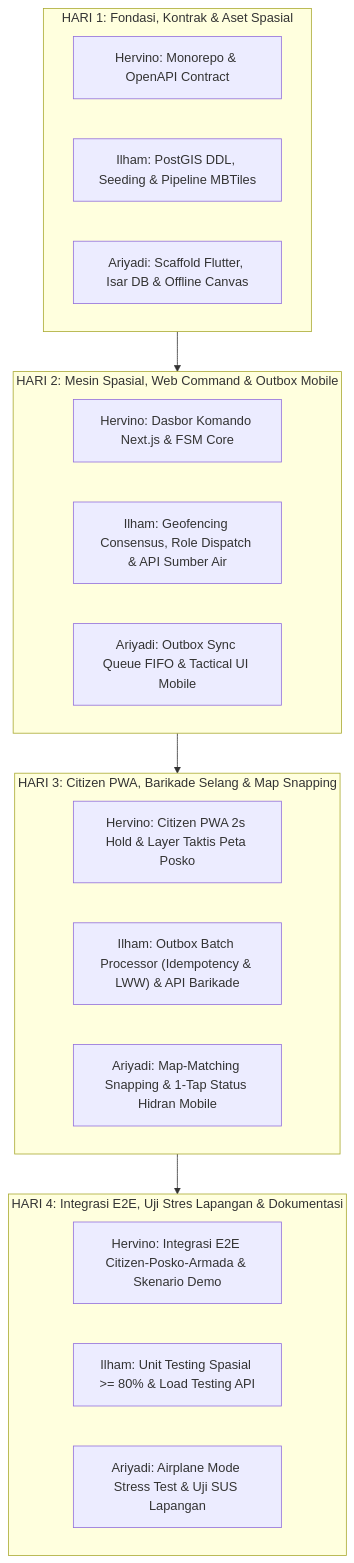
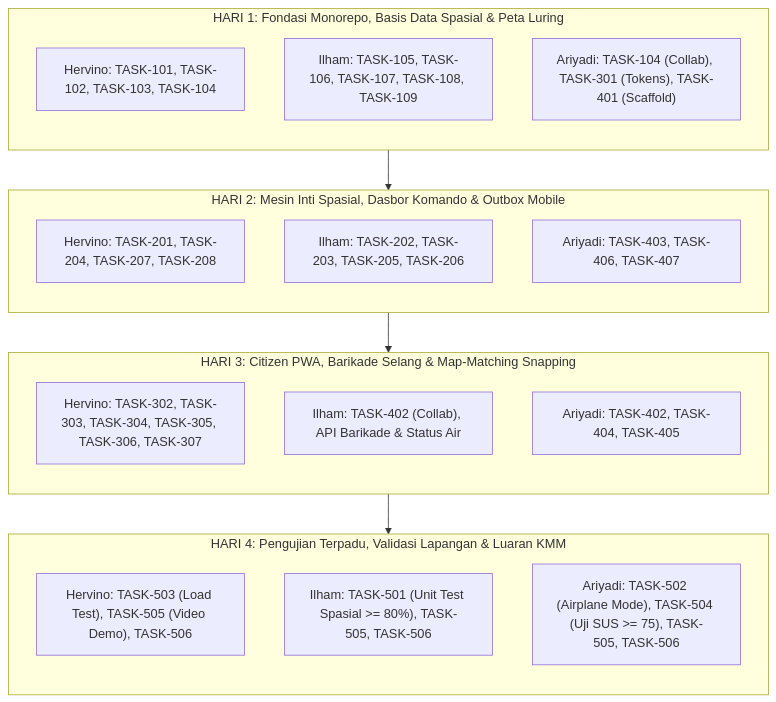
Before and after one commit to hamsigma/HydraTact: the diagram in TASK.md, drawn with Mermaid. The commit also changed other lines of this file and 3 other files, not shown here.

Commit message:
docs: synchronize TASK.md with docs/Task.md and add Kontrak_API.md

````diff
--- a/TASK.md
+++ b/TASK.md
@@ -22,28 +23,32 @@
 ```mermaid
 flowchart TD
-    subgraph D1["HARI 1: Fondasi, Kontrak & Aset Spasial"]
-        H1["Hervino: Monorepo & OpenAPI Contract"]
-        I1["Ilham: PostGIS DDL, Seeding & Pipeline MBTiles"]
-        A1["Ariyadi: Scaffold Flutter, Isar DB & Offline Canvas"]
+    subgraph D1["HARI 1: Fondasi Monorepo, Basis Data Spasial & Peta Luring"]
+        direction TB
+        H1["Hervino: TASK-101, TASK-102, TASK-103, TASK-104"]
+        I1["Ilham: TASK-105, TASK-106, TASK-107, TASK-108, TASK-109"]
+        A1["Ariyadi: TASK-104 (Collab), TASK-301 (Tokens), TASK-401 (Scaffold)"]
     end
 
-    subgraph D2["HARI 2: Mesin Spasial, Web Command & Outbox Mobile"]
-        H2["Hervino: Dasbor Komando Next.js & FSM Core"]
-        I2["Ilham: Geofencing Consensus, Role Dispatch & API Sumber Air"]
-        A2["Ariyadi: Outbox Sync Queue FIFO & Tactical UI Mobile"]
+    subgraph D2["HARI 2: Mesin Inti Spasial, Dasbor Komando & Outbox Mobile"]
+        direction TB
+        H2["Hervino: TASK-201, TASK-204, TASK-207, TASK-208"]
+        I2["Ilham: TASK-202, TASK-203, TASK-205, TASK-206"]
+        A2["Ariyadi: TASK-403, TASK-406, TASK-407"]
     end
 
-    subgraph D3["HARI 3: Citizen PWA, Barikade Selang & Map Snapping"]
-        H3["Hervino: Citizen PWA 2s Hold & Layer Taktis Peta Posko"]
-        I3["Ilham: Outbox Batch Processor (Idempotency & LWW) & API Barikade"]
-        A3["Ariyadi: Map-Matching Snapping & 1-Tap Status Hidran Mobile"]
+    subgraph D3["HARI 3: Citizen PWA, Barikade Selang & Map-Matching Snapping"]
+        direction TB
+        H3["Hervino: TASK-302, TASK-303, TASK-304, TASK-305, TASK-306, TASK-307"]
+        I3["Ilham: TASK-402 (Collab), API Barikade & Status Air"]
+        A3["Ariyadi: TASK-402, TASK-404, TASK-405"]
     end
 
-    subgraph D4["HARI 4: Integrasi E2E, Uji Stres Lapangan & Dokumentasi"]
-        H4["Hervino: Integrasi E2E Citizen-Posko-Armada & Skenario Demo"]
-        I4["Ilham: Unit Testing Spasial >= 80% & Load Testing API"]
-        A4["Ariyadi: Airplane Mode Stress Test & Uji SUS Lapangan"]
+    subgraph D4["HARI 4: Pengujian Terpadu, Validasi Lapangan & Luaran KMM"]
+        direction TB
+        H4["Hervino: TASK-503 (Load Test), TASK-505 (Video Demo), TASK-506"]
+        I4["Ilham: TASK-501 (Unit Test Spasial >= 80%), TASK-505, TASK-506"]
+        A4["Ariyadi: TASK-502 (Airplane Mode), TASK-504 (Uji SUS >= 75), TASK-505, TASK-506"]
     end
 
     D1 --> D2 --> D3 --> D4
 ```
````
